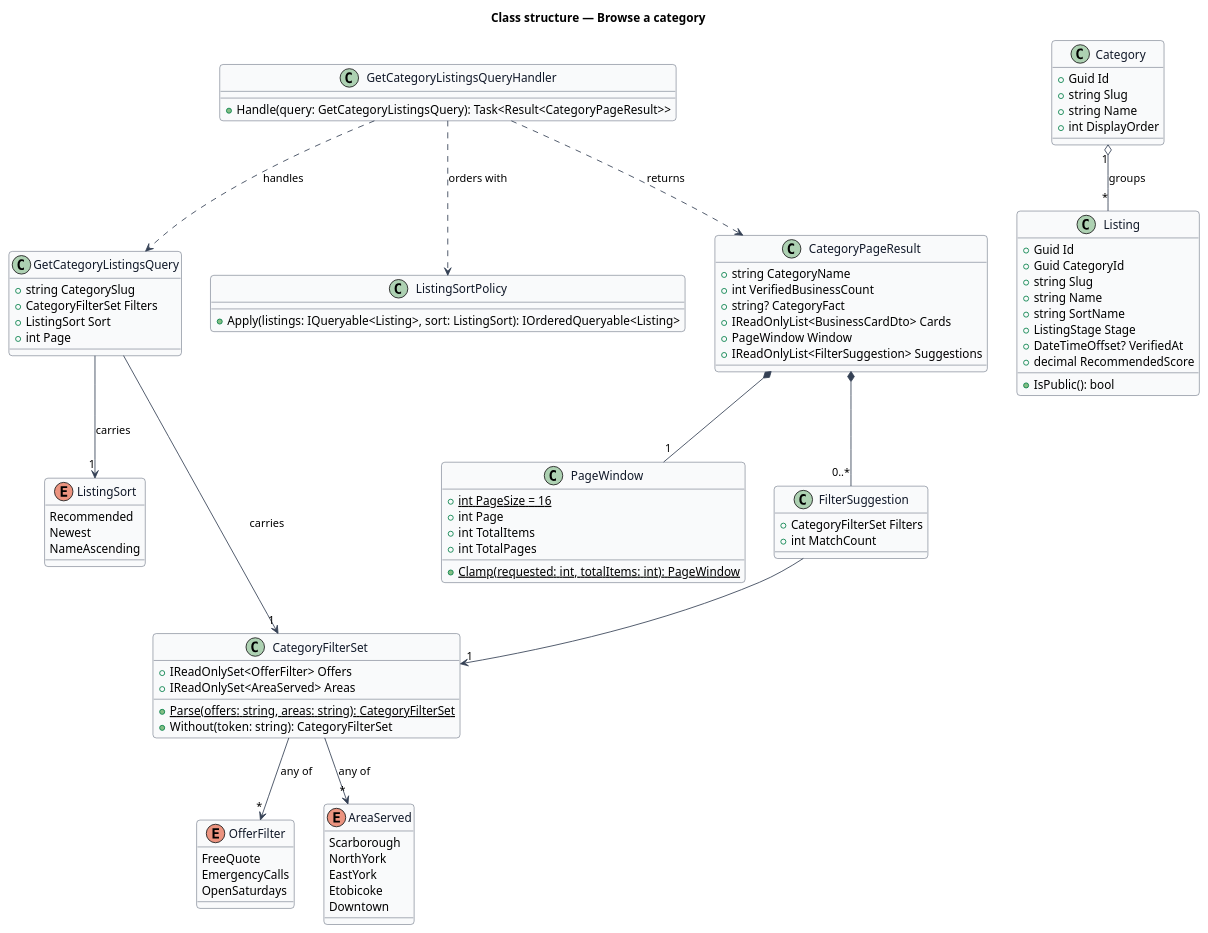
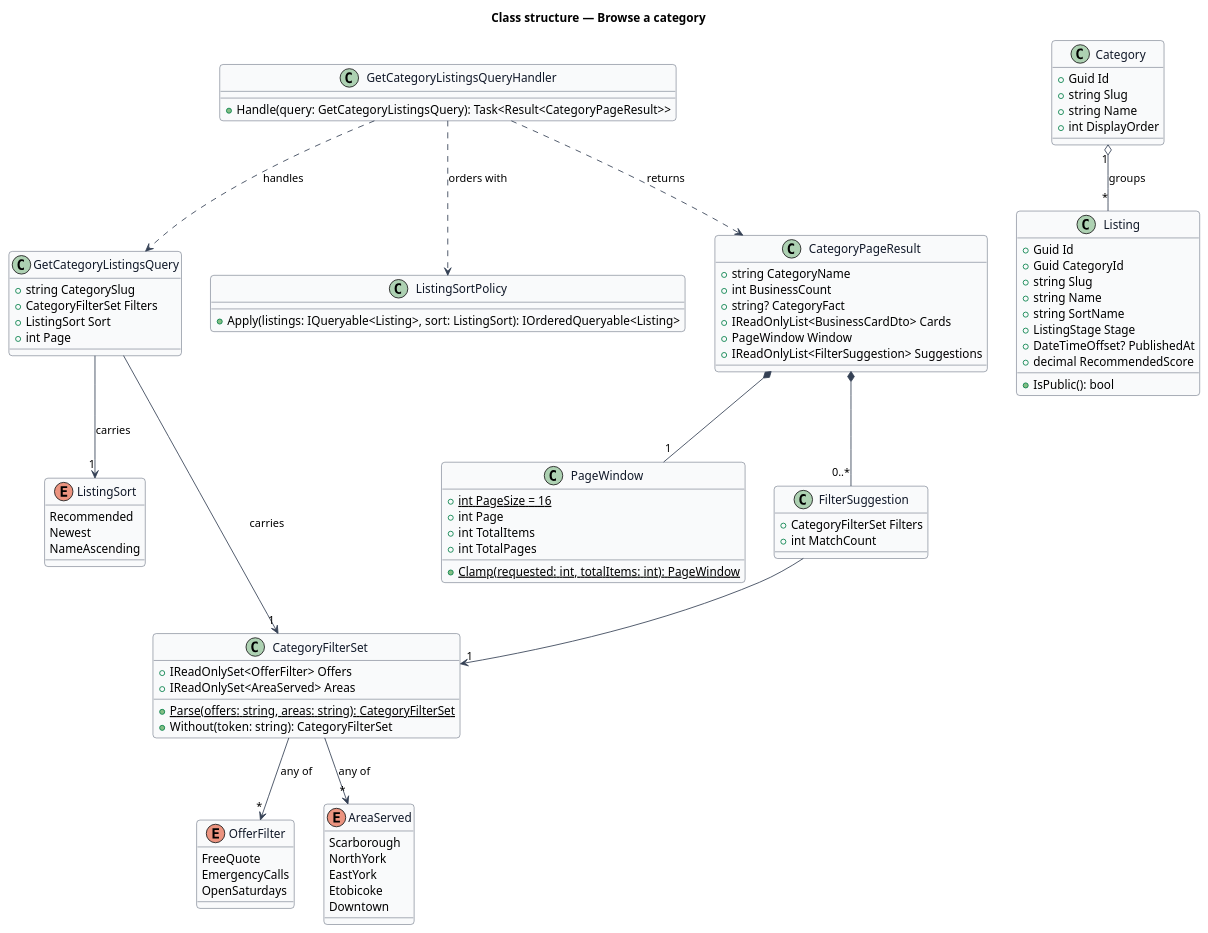
One commit to QuinntyneBrown/jubilee changed the diagram in docs/detailed-designs/directory/browse-category/diagrams/class-structure.puml. Above: the diagram before and after it, drawn with PlantUML. The commit also changed 1076 other files, not shown here.

```diff
--- a/docs/detailed-designs/directory/browse-category/diagrams/class-structure.puml
+++ b/docs/detailed-designs/directory/browse-category/diagrams/class-structure.puml
@@ -1,110 +1,110 @@
 @startuml
 ' --- shared skin header ---
 skinparam backgroundColor #FFFFFF
 skinparam shadowing false
 skinparam roundcorner 8
 skinparam defaultFontName Arial
 skinparam ArrowColor #344054
 skinparam class {
   BorderColor #344054
   FontColor #101828
   BackgroundColor #F9FAFB
 }
 ' --------------------------
 title Class structure — Browse a category
 
 enum ListingSort {
   Recommended
   Newest
   NameAscending
 }
 
 enum OfferFilter {
   FreeQuote
   EmergencyCalls
   OpenSaturdays
 }
 
 enum AreaServed {
   Scarborough
   NorthYork
   EastYork
   Etobicoke
   Downtown
 }
 
 class Category {
   +Guid Id
   +string Slug
   +string Name
   +int DisplayOrder
 }
 
 class Listing {
   +Guid Id
   +Guid CategoryId
   +string Slug
   +string Name
   +string SortName
   +ListingStage Stage
-  +DateTimeOffset? VerifiedAt
+  +DateTimeOffset? PublishedAt
   +decimal RecommendedScore
   +IsPublic(): bool
 }
 
 class CategoryFilterSet {
   +IReadOnlySet<OfferFilter> Offers
   +IReadOnlySet<AreaServed> Areas
   +{static} Parse(offers: string, areas: string): CategoryFilterSet
   +Without(token: string): CategoryFilterSet
 }
 
 class PageWindow {
   +{static} int PageSize = 16
   +int Page
   +int TotalItems
   +int TotalPages
   +{static} Clamp(requested: int, totalItems: int): PageWindow
 }
 
 class GetCategoryListingsQuery {
   +string CategorySlug
   +CategoryFilterSet Filters
   +ListingSort Sort
   +int Page
 }
 
 class GetCategoryListingsQueryHandler {
   +Handle(query: GetCategoryListingsQuery): Task<Result<CategoryPageResult>>
 }
 
 class ListingSortPolicy {
   +Apply(listings: IQueryable<Listing>, sort: ListingSort): IOrderedQueryable<Listing>
 }
 
 class CategoryPageResult {
   +string CategoryName
-  +int VerifiedBusinessCount
+  +int BusinessCount
   +string? CategoryFact
   +IReadOnlyList<BusinessCardDto> Cards
   +PageWindow Window
   +IReadOnlyList<FilterSuggestion> Suggestions
 }
 
 class FilterSuggestion {
   +CategoryFilterSet Filters
   +int MatchCount
 }
 
 GetCategoryListingsQueryHandler ..> GetCategoryListingsQuery : handles
 GetCategoryListingsQueryHandler ..> ListingSortPolicy : orders with
 GetCategoryListingsQueryHandler ..> CategoryPageResult : returns
 GetCategoryListingsQuery --> "1" CategoryFilterSet : carries
 GetCategoryListingsQuery --> "1" ListingSort : carries
 CategoryFilterSet --> "*" OfferFilter : any of
 CategoryFilterSet --> "*" AreaServed : any of
 Category "1" o-- "*" Listing : groups
 CategoryPageResult *-- "1" PageWindow
 CategoryPageResult *-- "0..*" FilterSuggestion
 FilterSuggestion --> "1" CategoryFilterSet
 @enduml
```
